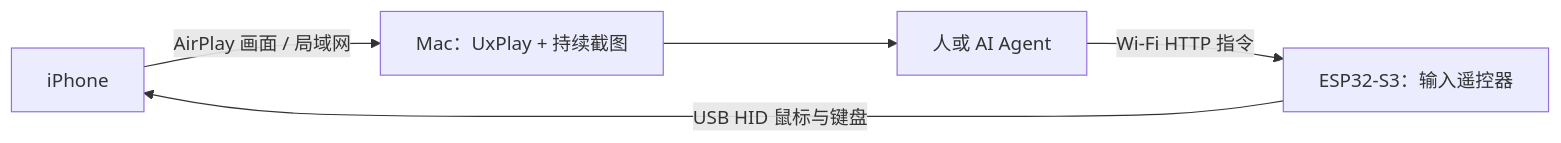
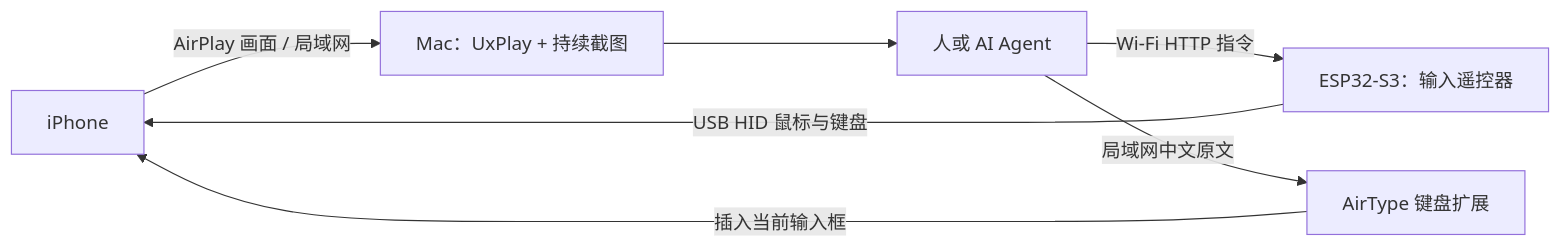
The diagram in README.md (yangyao/iphone-pilot), drawn with Mermaid before and after one commit. The commit also changed other lines of this file and 8 other files, not shown here.

Commit message:
Add AirType LAN Chinese input client, skills and acceptance guide

````diff
--- a/README.md
+++ b/README.md
@@ -36,7 +42,9 @@
 ```mermaid
 flowchart LR
     Phone[iPhone] -->|AirPlay 画面 / 局域网| Mac[Mac：UxPlay + 持续截图]
     Mac --> Agent[人或 AI Agent]
     Agent -->|Wi-Fi HTTP 指令| Board[ESP32-S3：输入遥控器]
     Board -->|USB HID 鼠标与键盘| Phone
+    Agent -->|局域网中文原文| AirType[AirType 键盘扩展]
+    AirType -->|插入当前输入框| Phone
 ```
````
